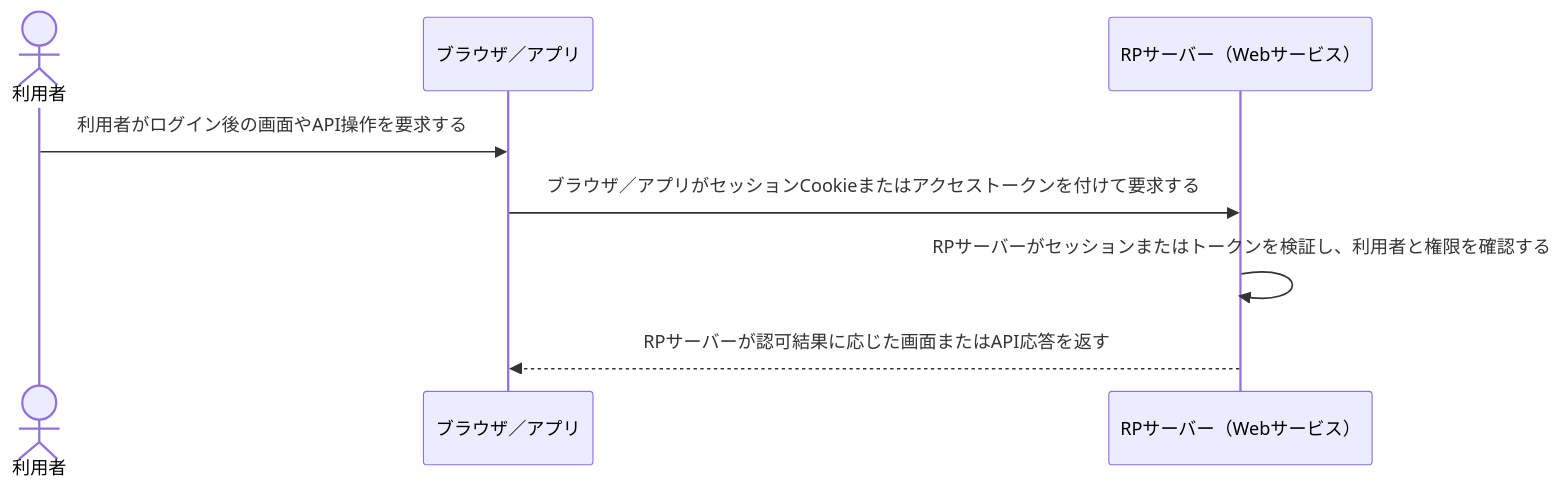
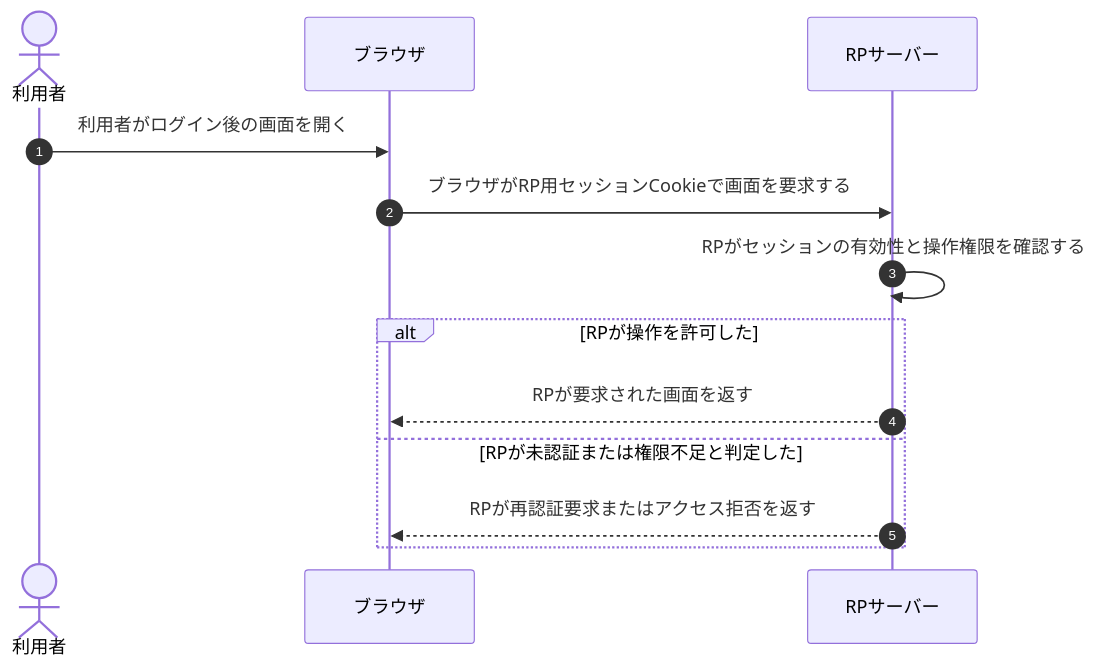
The third of 3 diagrams in 復習用/流れ図/WebAuthnとパスキー認証.md (ryusuke2003/security-specialist-study), drawn with Mermaid before and after one commit. The commit also changed other lines of this file and 26 other files, not shown here.

Commit message:
流れ図全23資料の主体と処理段階を明確化し構造検査を追加

````diff
--- a/復習用/流れ図/WebAuthnとパスキー認証.md
+++ b/復習用/流れ図/WebAuthnとパスキー認証.md
@@ -89,11 +88,16 @@
 ```mermaid
 sequenceDiagram
-    actor User as 利用者
-    participant Client as ブラウザ／アプリ
-    participant RP as RPサーバー（Webサービス）
+    autonumber
+    actor U as 利用者
+    participant B as ブラウザ
+    participant R as RPサーバー
 
-    User->>Client: 利用者がログイン後の画面やAPI操作を要求する
-    Client->>RP: ブラウザ／アプリがセッションCookieまたはアクセストークンを付けて要求する
-    RP->>RP: RPサーバーがセッションまたはトークンを検証し、利用者と権限を確認する
-    RP-->>Client: RPサーバーが認可結果に応じた画面またはAPI応答を返す
+    U->>B: 利用者がログイン後の画面を開く
+    B->>R: ブラウザがRP用セッションCookieで画面を要求する
+    R->>R: RPがセッションの有効性と操作権限を確認する
+    alt RPが操作を許可した
+        R-->>B: RPが要求された画面を返す
+    else RPが未認証または権限不足と判定した
+        R-->>B: RPが再認証要求またはアクセス拒否を返す
+    end
 ```
````
